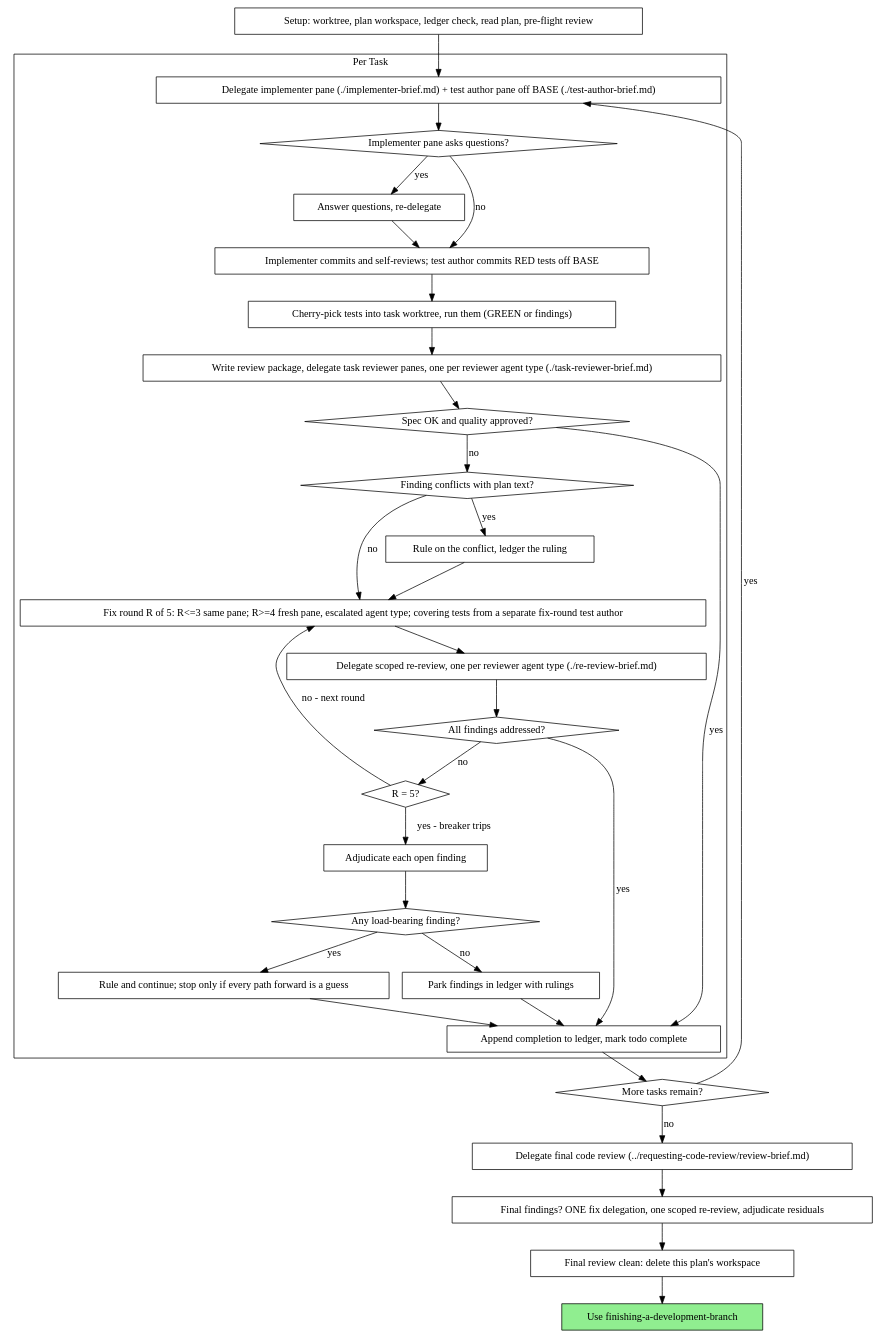
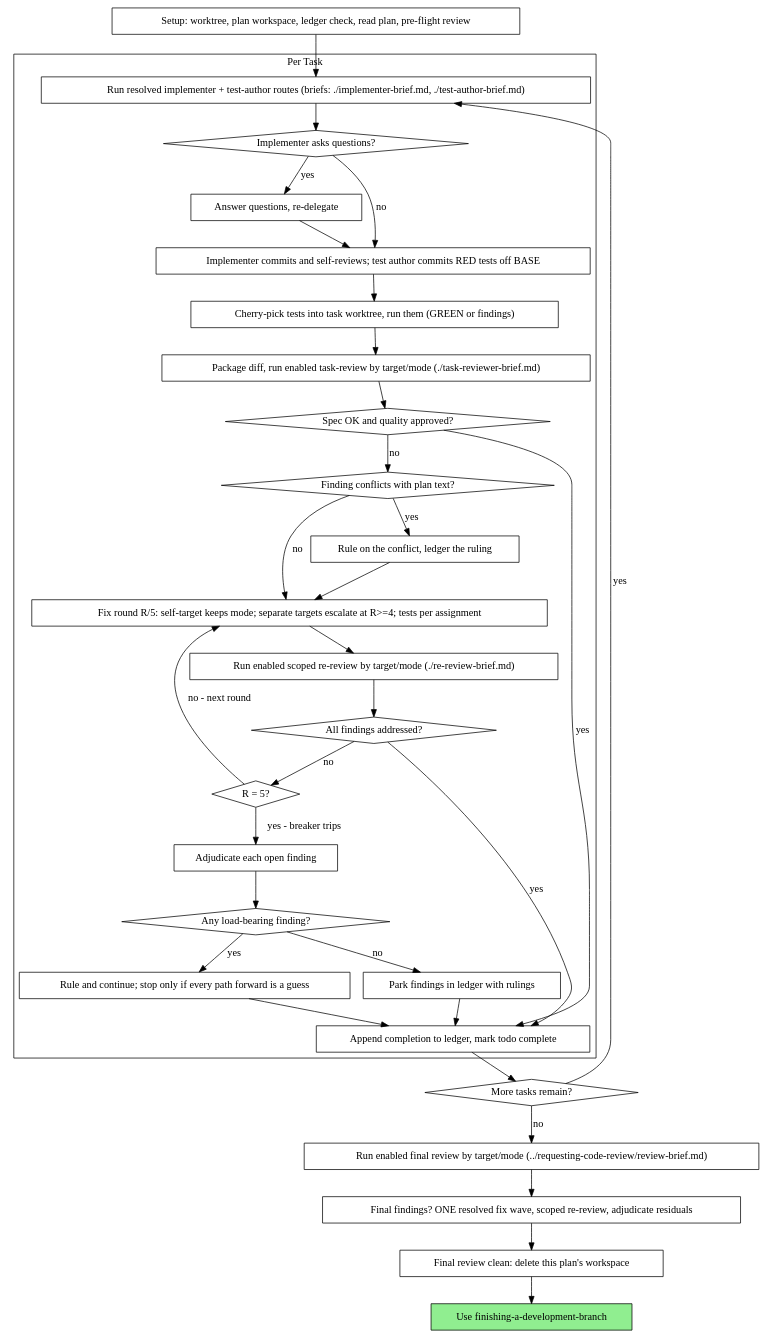
One commit to transparent-pegasus/herdrpowers changed the diagram in skills/pane-driven-development/references/lifecycle.md. Above: the diagram before and after it, drawn with Graphviz. The commit also changed other lines of this file and 41 other files, not shown here.

````diff
--- a/skills/pane-driven-development/references/lifecycle.md
+++ b/skills/pane-driven-development/references/lifecycle.md
@@ -11,65 +17,65 @@
 ```dot
 digraph process {
     rankdir=TB;
 
     subgraph cluster_per_task {
         label="Per Task";
-        "Delegate implementer pane (./implementer-brief.md) + test author pane off BASE (./test-author-brief.md)" [shape=box];
-        "Implementer pane asks questions?" [shape=diamond];
+        "Run resolved implementer + test-author routes (briefs: ./implementer-brief.md, ./test-author-brief.md)" [shape=box];
+        "Implementer asks questions?" [shape=diamond];
         "Cherry-pick tests into task worktree, run them (GREEN or findings)" [shape=box];
         "Answer questions, re-delegate" [shape=box];
         "Implementer commits and self-reviews; test author commits RED tests off BASE" [shape=box];
-        "Write review package, delegate task reviewer panes, one per reviewer agent type (./task-reviewer-brief.md)" [shape=box];
+        "Package diff, run enabled task-review by target/mode (./task-reviewer-brief.md)" [shape=box];
         "Spec OK and quality approved?" [shape=diamond];
         "Finding conflicts with plan text?" [shape=diamond];
         "Rule on the conflict, ledger the ruling" [shape=box];
-        "Fix round R of 5: R<=3 same pane; R>=4 fresh pane, escalated agent type; covering tests from a separate fix-round test author" [shape=box];
-        "Delegate scoped re-review, one per reviewer agent type (./re-review-brief.md)" [shape=box];
+        "Fix round R/5: self-target keeps mode; separate targets escalate at R>=4; tests per assignment" [shape=box];
+        "Run enabled scoped re-review by target/mode (./re-review-brief.md)" [shape=box];
         "All findings addressed?" [shape=diamond];
         "R = 5?" [shape=diamond];
         "Adjudicate each open finding" [shape=box];
         "Any load-bearing finding?" [shape=diamond];
         "Rule and continue; stop only if every path forward is a guess" [shape=box];
         "Park findings in ledger with rulings" [shape=box];
         "Append completion to ledger, mark todo complete" [shape=box];
     }
 
     "Setup: worktree, plan workspace, ledger check, read plan, pre-flight review" [shape=box];
     "More tasks remain?" [shape=diamond];
-    "Delegate final code review (../requesting-code-review/review-brief.md)" [shape=box];
-    "Final findings? ONE fix delegation, one scoped re-review, adjudicate residuals" [shape=box];
+    "Run enabled final review by target/mode (../requesting-code-review/review-brief.md)" [shape=box];
+    "Final findings? ONE resolved fix wave, scoped re-review, adjudicate residuals" [shape=box];
     "Final review clean: delete this plan's workspace" [shape=box];
     "Use finishing-a-development-branch" [shape=box style=filled fillcolor=lightgreen];
 
-    "Setup: worktree, plan workspace, ledger check, read plan, pre-flight review" -> "Delegate implementer pane (./implementer-brief.md) + test author pane off BASE (./test-author-brief.md)";
-    "Delegate implementer pane (./implementer-brief.md) + test author pane off BASE (./test-author-brief.md)" -> "Implementer pane asks questions?";
-    "Implementer pane asks questions?" -> "Answer questions, re-delegate" [label="yes"];
+    "Setup: worktree, plan workspace, ledger check, read plan, pre-flight review" -> "Run resolved implementer + test-author routes (briefs: ./implementer-brief.md, ./test-author-brief.md)";
+    "Run resolved implementer + test-author routes (briefs: ./implementer-brief.md, ./test-author-brief.md)" -> "Implementer asks questions?";
+    "Implementer asks questions?" -> "Answer questions, re-delegate" [label="yes"];
     "Answer questions, re-delegate" -> "Implementer commits and self-reviews; test author commits RED tests off BASE";
-    "Implementer pane asks questions?" -> "Implementer commits and self-reviews; test author commits RED tests off BASE" [label="no"];
+    "Implementer asks questions?" -> "Implementer commits and self-reviews; test author commits RED tests off BASE" [label="no"];
     "Implementer commits and self-reviews; test author commits RED tests off BASE" -> "Cherry-pick tests into task worktree, run them (GREEN or findings)";
-    "Cherry-pick tests into task worktree, run them (GREEN or findings)" -> "Write review package, delegate task reviewer panes, one per reviewer agent type (./task-reviewer-brief.md)";
-    "Write review package, delegate task reviewer panes, one per reviewer agent type (./task-reviewer-brief.md)" -> "Spec OK and quality approved?";
+    "Cherry-pick tests into task worktree, run them (GREEN or findings)" -> "Package diff, run enabled task-review by target/mode (./task-reviewer-brief.md)";
+    "Package diff, run enabled task-review by target/mode (./task-reviewer-brief.md)" -> "Spec OK and quality approved?";
     "Spec OK and quality approved?" -> "Append completion to ledger, mark todo complete" [label="yes"];
     "Spec OK and quality approved?" -> "Finding conflicts with plan text?" [label="no"];
     "Finding conflicts with plan text?" -> "Rule on the conflict, ledger the ruling" [label="yes"];
-    "Rule on the conflict, ledger the ruling" -> "Fix round R of 5: R<=3 same pane; R>=4 fresh pane, escalated agent type; covering tests from a separate fix-round test author";
-    "Finding conflicts with plan text?" -> "Fix round R of 5: R<=3 same pane; R>=4 fresh pane, escalated agent type; covering tests from a separate fix-round test author" [label="no"];
-    "Fix round R of 5: R<=3 same pane; R>=4 fresh pane, escalated agent type; covering tests from a separate fix-round test author" -> "Delegate scoped re-review, one per reviewer agent type (./re-review-brief.md)";
-    "Delegate scoped re-review, one per reviewer agent type (./re-review-brief.md)" -> "All findings addressed?";
+    "Rule on the conflict, ledger the ruling" -> "Fix round R/5: self-target keeps mode; separate targets escalate at R>=4; tests per assignment";
+    "Finding conflicts with plan text?" -> "Fix round R/5: self-target keeps mode; separate targets escalate at R>=4; tests per assignment" [label="no"];
+    "Fix round R/5: self-target keeps mode; separate targets escalate at R>=4; tests per assignment" -> "Run enabled scoped re-review by target/mode (./re-review-brief.md)";
+    "Run enabled scoped re-review by target/mode (./re-review-brief.md)" -> "All findings addressed?";
     "All findings addressed?" -> "Append completion to ledger, mark todo complete" [label="yes"];
     "All findings addressed?" -> "R = 5?" [label="no"];
-    "R = 5?" -> "Fix round R of 5: R<=3 same pane; R>=4 fresh pane, escalated agent type; covering tests from a separate fix-round test author" [label="no - next round"];
+    "R = 5?" -> "Fix round R/5: self-target keeps mode; separate targets escalate at R>=4; tests per assignment" [label="no - next round"];
     "R = 5?" -> "Adjudicate each open finding" [label="yes - breaker trips"];
     "Adjudicate each open finding" -> "Any load-bearing finding?";
     "Any load-bearing finding?" -> "Rule and continue; stop only if every path forward is a guess" [label="yes"];
     "Any load-bearing finding?" -> "Park findings in ledger with rulings" [label="no"];
     "Rule and continue; stop only if every path forward is a guess" -> "Append completion to ledger, mark todo complete";
     "Park findings in ledger with rulings" -> "Append completion to ledger, mark todo complete";
     "Append completion to ledger, mark todo complete" -> "More tasks remain?";
-    "More tasks remain?" -> "Delegate implementer pane (./implementer-brief.md) + test author pane off BASE (./test-author-brief.md)" [label="yes"];
-    "More tasks remain?" -> "Delegate final code review (../requesting-code-review/review-brief.md)" [label="no"];
-    "Delegate final code review (../requesting-code-review/review-brief.md)" -> "Final findings? ONE fix delegation, one scoped re-review, adjudicate residuals";
-    "Final findings? ONE fix delegation, one scoped re-review, adjudicate residuals" -> "Final review clean: delete this plan's workspace";
+    "More tasks remain?" -> "Run resolved implementer + test-author routes (briefs: ./implementer-brief.md, ./test-author-brief.md)" [label="yes"];
+    "More tasks remain?" -> "Run enabled final review by target/mode (../requesting-code-review/review-brief.md)" [label="no"];
+    "Run enabled final review by target/mode (../requesting-code-review/review-brief.md)" -> "Final findings? ONE resolved fix wave, scoped re-review, adjudicate residuals";
+    "Final findings? ONE resolved fix wave, scoped re-review, adjudicate residuals" -> "Final review clean: delete this plan's workspace";
     "Final review clean: delete this plan's workspace" -> "Use finishing-a-development-branch";
 }
 ```
````
